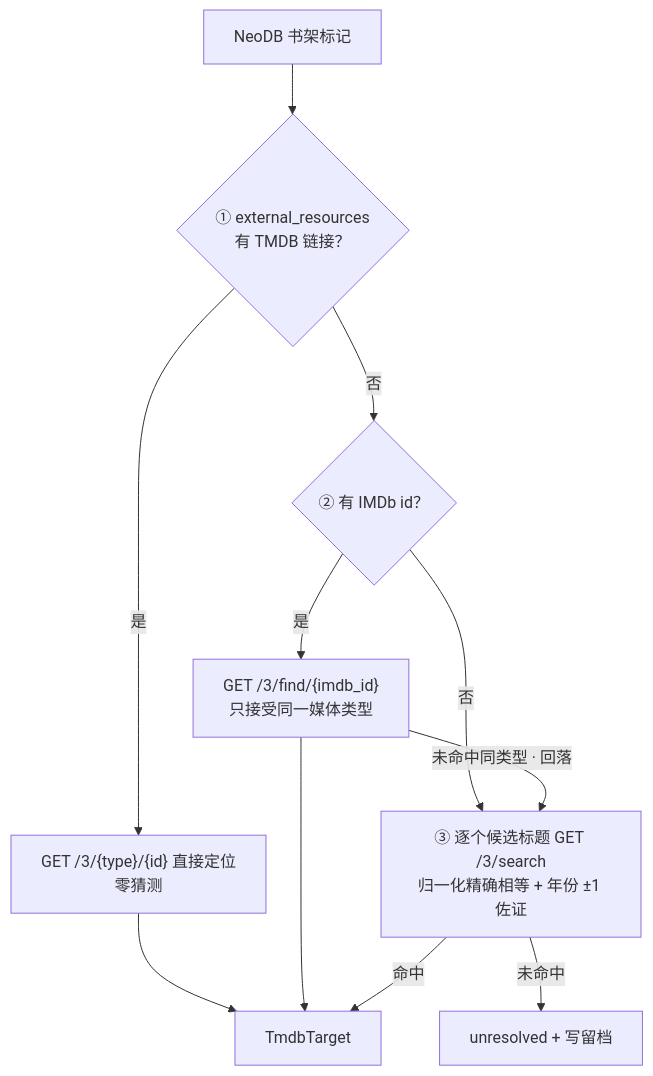
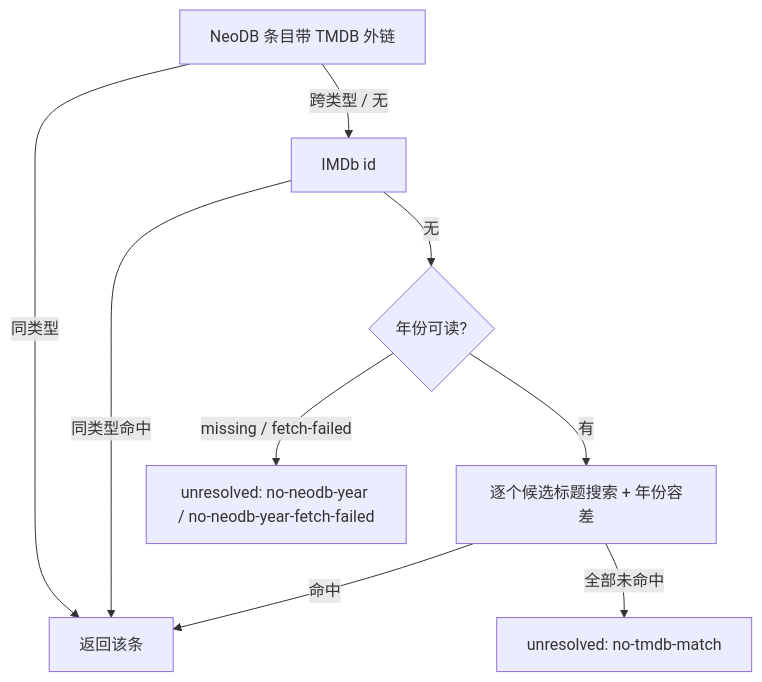
Before and after one commit to sachikoakina/Audiovisual-Transporter: the third of 4 diagrams in README.md, drawn with Mermaid. The commit also changed other lines of this file and 45 other files, not shown here.

````diff
--- a/README.md
+++ b/README.md
@@ -369,13 +131,11 @@
 ```mermaid
 flowchart TD
-    A["NeoDB 书架标记"] --> B{"① external_resources<br/>有 TMDB 链接？"}
-    B -->|是| C["GET /3/{type}/{id} 直接定位<br/>零猜测"]
-    B -->|否| D{"② 有 IMDb id？"}
-    D -->|是| E["GET /3/find/{imdb_id}<br/>只接受同一媒体类型"]
-    D -->|否| F["③ 逐个候选标题 GET /3/search<br/>归一化精确相等 + 年份 ±1 佐证"]
-    E -->|"未命中同类型 · 回落"| F
-    C --> G["TmdbTarget"]
-    E --> G
-    F -->|命中| G
-    F -->|未命中| H["unresolved + 写留档"]
+  A["NeoDB 条目带 TMDB 外链"] -->|同类型| Z["返回该条"]
+  A -->|跨类型 / 无| B["IMDb id"]
+  B -->|同类型命中| Z
+  B -->|无| C{"年份可读?"}
+  C -->|missing / fetch-failed| N1["unresolved: no-neodb-year / no-neodb-year-fetch-failed"]
+  C -->|有| D["逐个候选标题搜索 + 年份容差"]
+  D -->|命中| Z
+  D -->|全部未命中| N2["unresolved: no-tmdb-match"]
 ```
````
